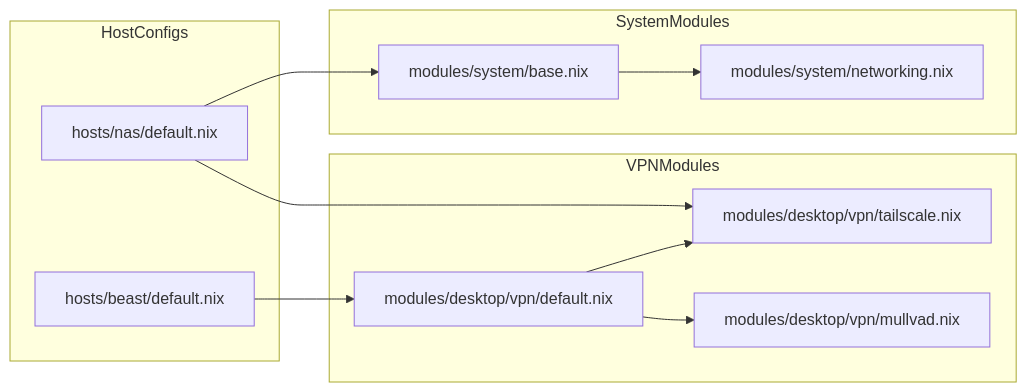
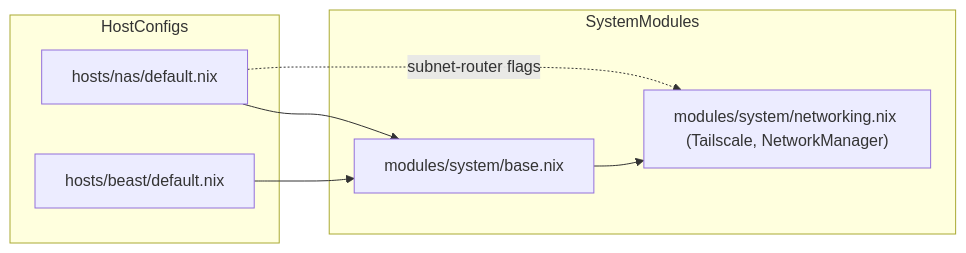
One commit to Cody-W-Tucker/nix-config changed the first of 2 diagrams in docs/Networking-and-VPN.md. Above: the diagram before and after it, drawn with Mermaid. The commit also changed other lines of this file and 103 other files, not shown here.

````diff
--- a/docs/Networking-and-VPN.md
+++ b/docs/Networking-and-VPN.md
@@ -46,22 +40,15 @@
 ```mermaid
 flowchart LR
     subgraph HostConfigs
         NAS["hosts/nas/default.nix"]
         BEAST["hosts/beast/default.nix"]
     end
-    subgraph VPNModules
-        TS["modules/desktop/vpn/tailscale.nix"]
-        MV["modules/desktop/vpn/mullvad.nix"]
-        VPN_DEF["modules/desktop/vpn/default.nix"]
-    end
     subgraph SystemModules
         BASE["modules/system/base.nix"]
-        NET["modules/system/networking.nix"]
+        NET["modules/system/networking.nix (Tailscale, NetworkManager)"]
     end
     BASE --> NET
     NAS --> BASE
-    NAS --> TS
-    BEAST --> VPN_DEF
-    VPN_DEF --> TS
-    VPN_DEF --> MV
+    BEAST --> BASE
+    NAS -.->|"subnet-router flags"| NET
 ```
````
